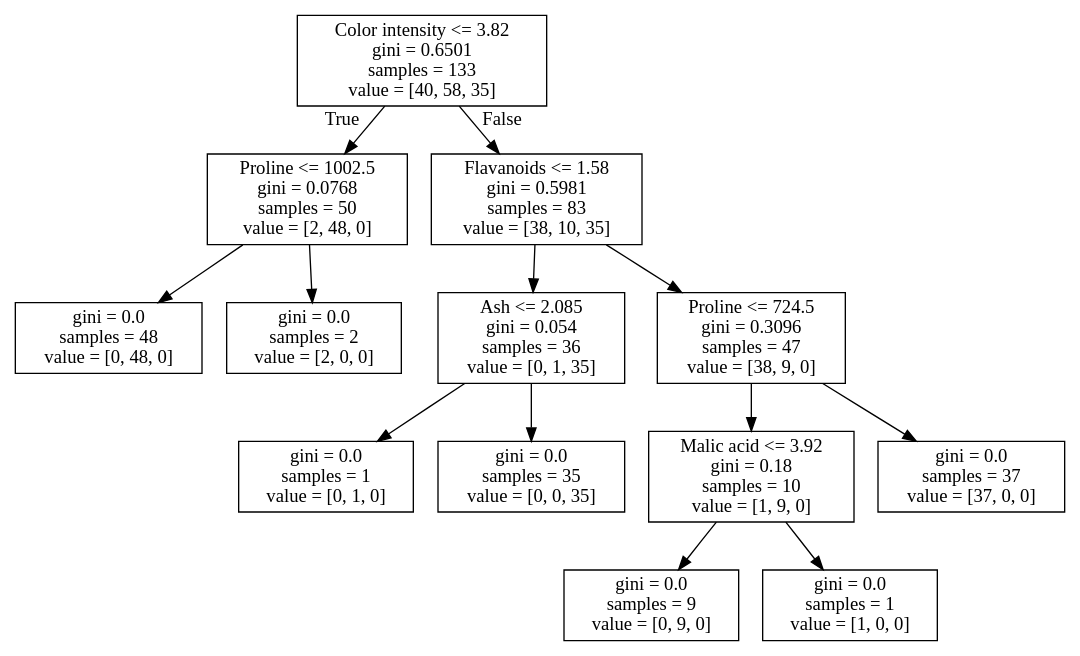
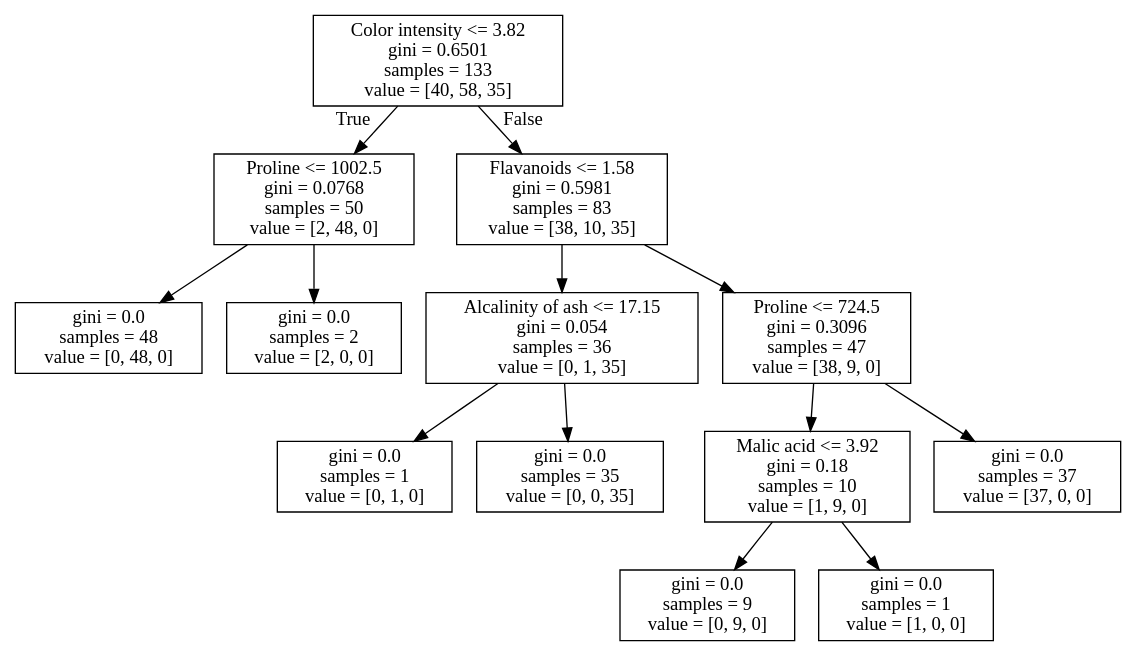
Before and after one commit to AnilKumarTeegala/DSE220_Machine_Learning: the diagram in IPynb/workfile.dot, drawn with Graphviz. The commit also changed 15 other files, not shown here.

```diff
--- a/IPynb/workfile.dot
+++ b/IPynb/workfile.dot
@@ -1,28 +1,28 @@
 digraph Tree {
 node [shape=box] ;
 0 [label="Color intensity <= 3.82\ngini = 0.6501\nsamples = 133\nvalue = [40, 58, 35]"] ;
 1 [label="Proline <= 1002.5\ngini = 0.0768\nsamples = 50\nvalue = [2, 48, 0]"] ;
 0 -> 1 [labeldistance=2.5, labelangle=45, headlabel="True"] ;
 2 [label="gini = 0.0\nsamples = 48\nvalue = [0, 48, 0]"] ;
 1 -> 2 ;
 3 [label="gini = 0.0\nsamples = 2\nvalue = [2, 0, 0]"] ;
 1 -> 3 ;
 4 [label="Flavanoids <= 1.58\ngini = 0.5981\nsamples = 83\nvalue = [38, 10, 35]"] ;
 0 -> 4 [labeldistance=2.5, labelangle=-45, headlabel="False"] ;
-5 [label="Ash <= 2.085\ngini = 0.054\nsamples = 36\nvalue = [0, 1, 35]"] ;
+5 [label="Alcalinity of ash <= 17.15\ngini = 0.054\nsamples = 36\nvalue = [0, 1, 35]"] ;
 4 -> 5 ;
 6 [label="gini = 0.0\nsamples = 1\nvalue = [0, 1, 0]"] ;
 5 -> 6 ;
 7 [label="gini = 0.0\nsamples = 35\nvalue = [0, 0, 35]"] ;
 5 -> 7 ;
 8 [label="Proline <= 724.5\ngini = 0.3096\nsamples = 47\nvalue = [38, 9, 0]"] ;
 4 -> 8 ;
 9 [label="Malic acid <= 3.92\ngini = 0.18\nsamples = 10\nvalue = [1, 9, 0]"] ;
 8 -> 9 ;
 10 [label="gini = 0.0\nsamples = 9\nvalue = [0, 9, 0]"] ;
 9 -> 10 ;
 11 [label="gini = 0.0\nsamples = 1\nvalue = [1, 0, 0]"] ;
 9 -> 11 ;
 12 [label="gini = 0.0\nsamples = 37\nvalue = [37, 0, 0]"] ;
 8 -> 12 ;
 }
```
